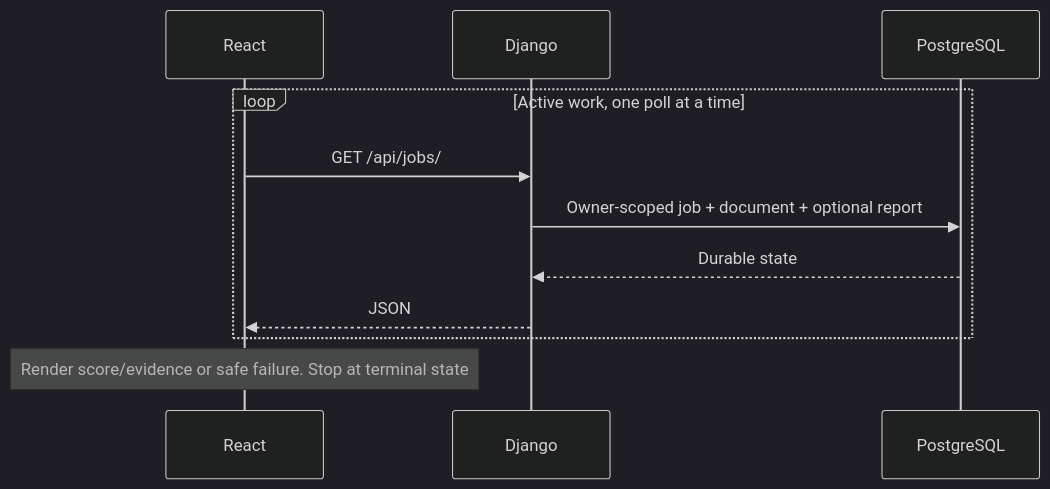
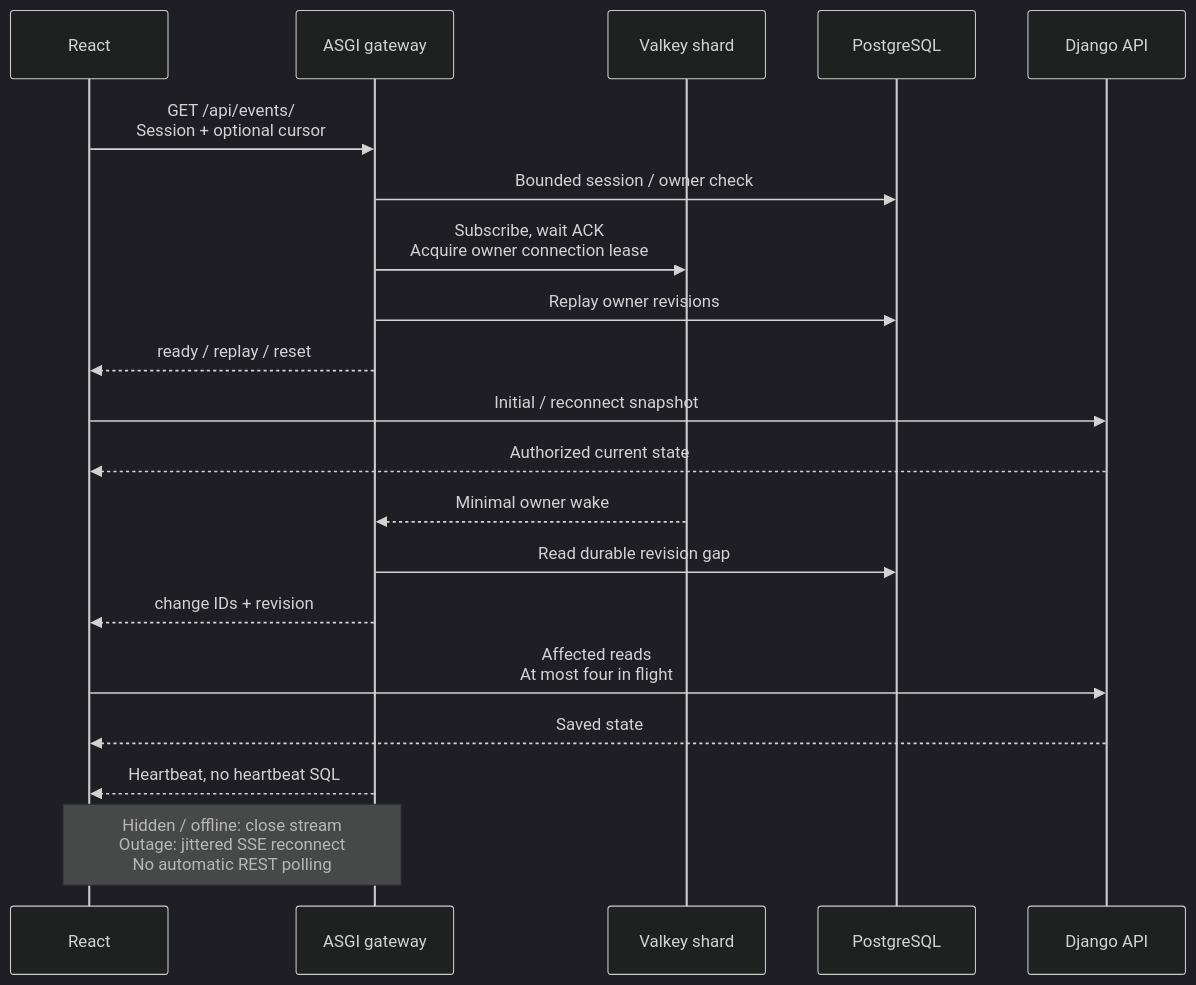
The diagram in docs/assets/status-sequence.mmd (junrillg/resume-match-bedrock), drawn with Mermaid (dark theme) before and after one commit. The commit also changed 55 other files, not shown here.

```diff
--- a/docs/assets/status-sequence.mmd
+++ b/docs/assets/status-sequence.mmd
@@ -1,11 +1,22 @@
 sequenceDiagram
+  accTitle: SSE subscription, replay and targeted reads
+  accDescr: Subscription acknowledgement precedes durable replay and the browser snapshot. Owner wakes cause bounded event reads. Heartbeats perform no database polling. Reconnect uses durable cursors and a fresh authorized snapshot.
   participant UI as React
-  participant API as Django
+  participant G as ASGI gateway
+  participant V as Valkey shard
   participant DB as PostgreSQL
-  loop Active work, one poll at a time
-    UI->>API: GET /api/jobs/
-    API->>DB: Owner-scoped job + document + optional report
-    DB-->>API: Durable state
-    API-->>UI: JSON
-  end
-  Note over UI: Render score/evidence or safe failure. Stop at terminal state
+  participant API as Django API
+  UI->>G: GET /api/events/<br/>Session + optional cursor
+  G->>DB: Bounded session / owner check
+  G->>V: Subscribe, wait ACK<br/>Acquire owner connection lease
+  G->>DB: Replay owner revisions
+  G-->>UI: ready / replay / reset
+  UI->>API: Initial / reconnect snapshot
+  API-->>UI: Authorized current state
+  V-->>G: Minimal owner wake
+  G->>DB: Read durable revision gap
+  G-->>UI: change IDs + revision
+  UI->>API: Affected reads<br/>At most four in flight
+  API-->>UI: Saved state
+  G-->>UI: Heartbeat, no heartbeat SQL
+  Note over UI,G: Hidden / offline: close stream<br/>Outage: jittered SSE reconnect<br/>No automatic REST polling
```
